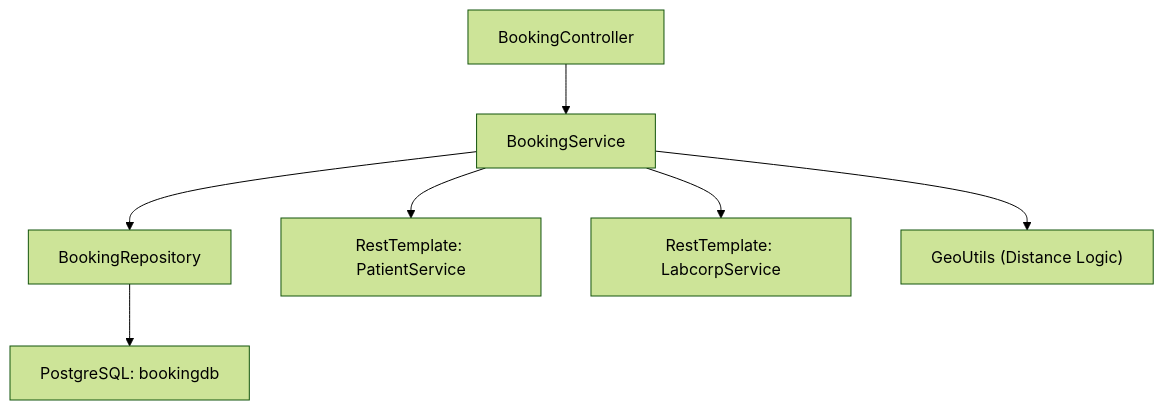
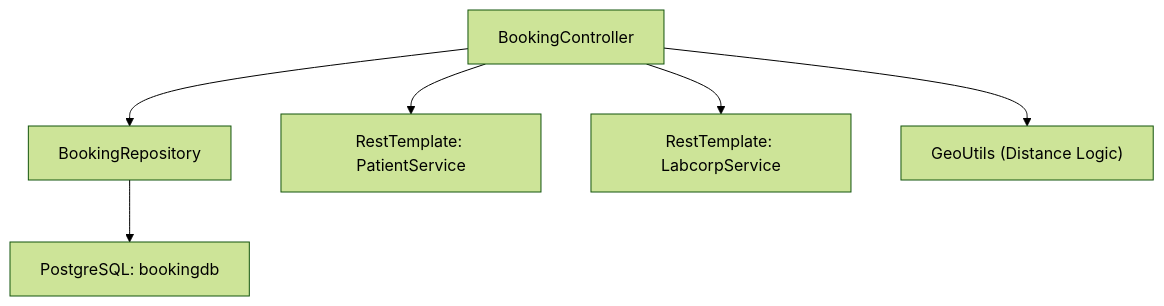
One commit to pavankumarchebelli/MyCare_PatientPortal changed the third of 3 diagrams in README.md. Above: the diagram before and after it, drawn with Mermaid (forest theme). The commit also changed other lines of this file, not shown here.

````diff
--- a/README.md
+++ b/README.md
@@ -117,17 +118,16 @@
 ```mermaid
 graph TD
   Controller["BookingController"]
-  ServiceLayer["BookingService"]
   Repo["BookingRepository"]
   RestClient1["RestTemplate: PatientService"]
   RestClient2["RestTemplate: LabcorpService"]
   GeoUtil["GeoUtils (Distance Logic)"]
   DB["PostgreSQL: bookingdb"]
 
-  Controller --> ServiceLayer
-  ServiceLayer --> Repo
-  ServiceLayer --> RestClient1
-  ServiceLayer --> RestClient2
-  ServiceLayer --> GeoUtil
+  Controller --> Repo
+  Controller --> RestClient1
+  Controller --> RestClient2
+  Controller --> GeoUtil
   Repo --> DB
+
 ```
````
